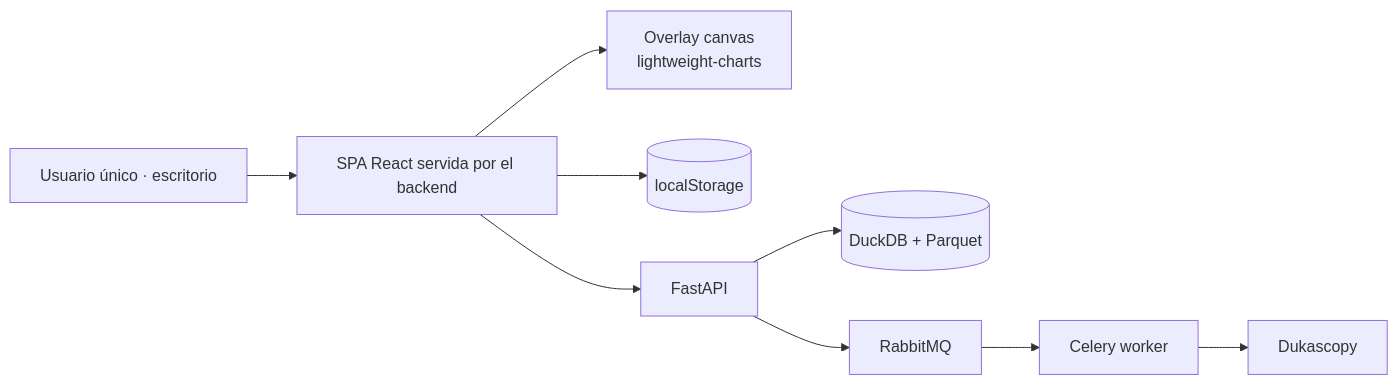
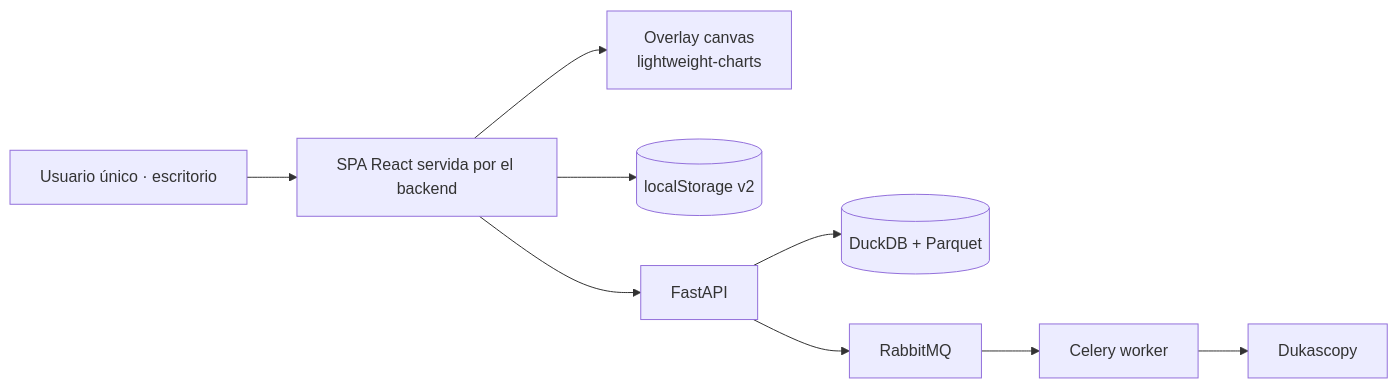
One commit to villarrealfx/fx_trad changed the third of 4 diagrams in _docs/architecture.md. Above: the diagram before and after it, drawn with Mermaid. The commit also changed other lines of this file and 22 other files, not shown here.

````diff
--- a/_docs/architecture.md
+++ b/_docs/architecture.md
@@ -178,9 +180,9 @@
 ```mermaid
 graph LR
   U[Usuario único · escritorio] --> FE[SPA React servida por el backend]
   FE --> OV[Overlay canvas<br/>lightweight-charts]
-  FE --> LS[(localStorage)]
+  FE --> LS[(localStorage v2)]
   FE --> API[FastAPI]
   API --> CK[(DuckDB + Parquet)]
   API --> RMQ[RabbitMQ] --> W[Celery worker] --> DU[Dukascopy]
 ```
````
